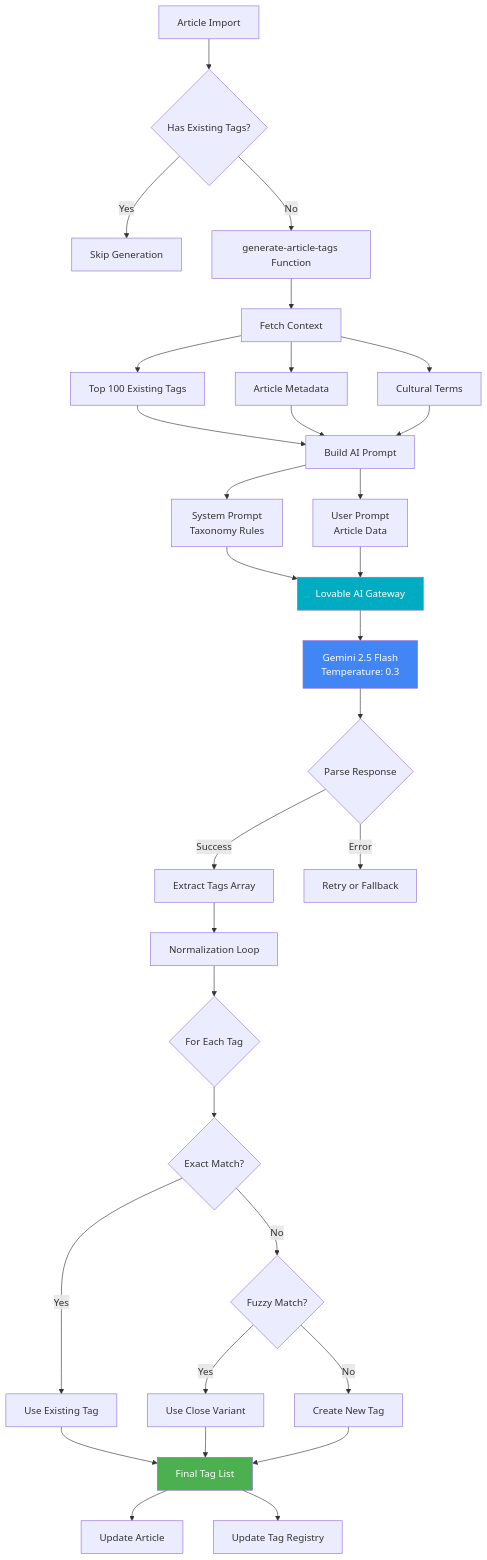
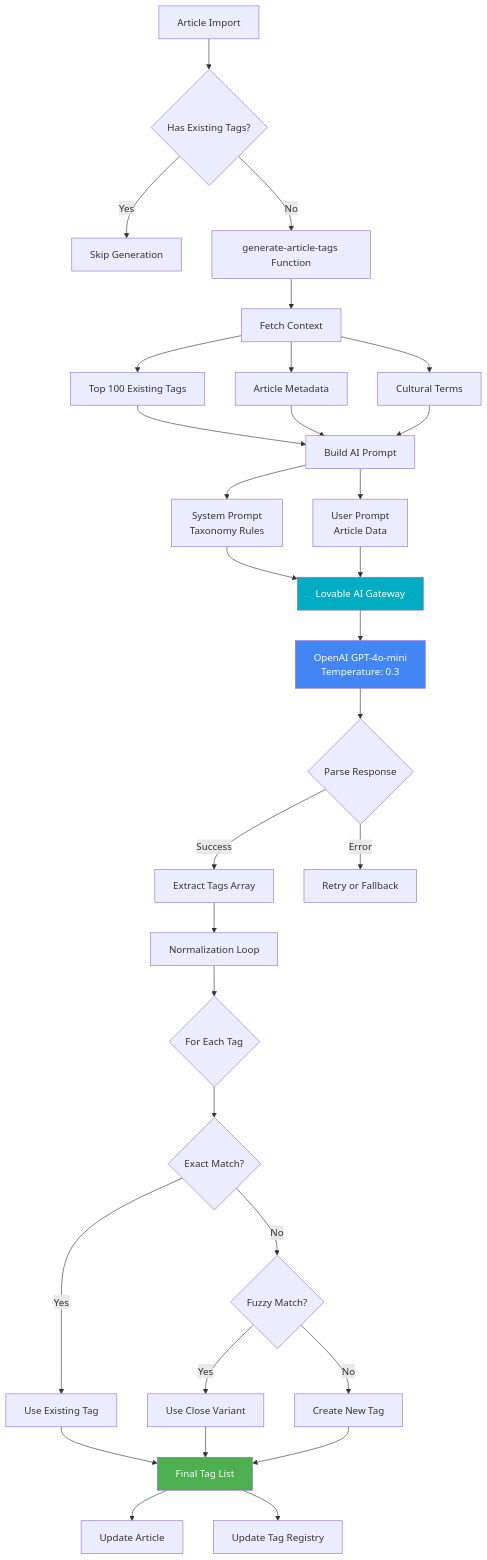
The first of 4 diagrams in docs/AI_TAG_GENERATION_SYSTEM.md (dhruvrakesh/srangam-42267), drawn with Mermaid before and after one commit. The commit also changed other lines of this file and 9 other files, not shown here.

````diff
--- a/docs/AI_TAG_GENERATION_SYSTEM.md
+++ b/docs/AI_TAG_GENERATION_SYSTEM.md
@@ -34,48 +34,48 @@
 ```mermaid
 graph TB
     A[Article Import] --> B{Has Existing Tags?}
     B -->|Yes| C[Skip Generation]
     B -->|No| D[generate-article-tags Function]
     
     D --> E[Fetch Context]
     E --> E1[Top 100 Existing Tags]
     E --> E2[Article Metadata]
     E --> E3[Cultural Terms]
     
     E1 --> F[Build AI Prompt]
     E2 --> F
     E3 --> F
     
     F --> G[System Prompt<br/>Taxonomy Rules]
     F --> H[User Prompt<br/>Article Data]
     
     G --> I[Lovable AI Gateway]
     H --> I
     
-    I --> J[Gemini 2.5 Flash<br/>Temperature: 0.3]
+    I --> J[OpenAI GPT-4o-mini<br/>Temperature: 0.3]
     
     J --> K{Parse Response}
     K -->|Success| L[Extract Tags Array]
     K -->|Error| M[Retry or Fallback]
     
     L --> N[Normalization Loop]
     
     N --> O{For Each Tag}
     O --> P{Exact Match?}
     P -->|Yes| Q[Use Existing Tag]
     P -->|No| R{Fuzzy Match?}
     
     R -->|Yes| S[Use Close Variant]
     R -->|No| T[Create New Tag]
     
     Q --> U[Final Tag List]
     S --> U
     T --> U
     
     U --> V[Update Article]
     U --> W[Update Tag Registry]
     
     style I fill:#00acc1,color:#fff
     style J fill:#4285f4,color:#fff
     style U fill:#4caf50,color:#fff
 ```
````
